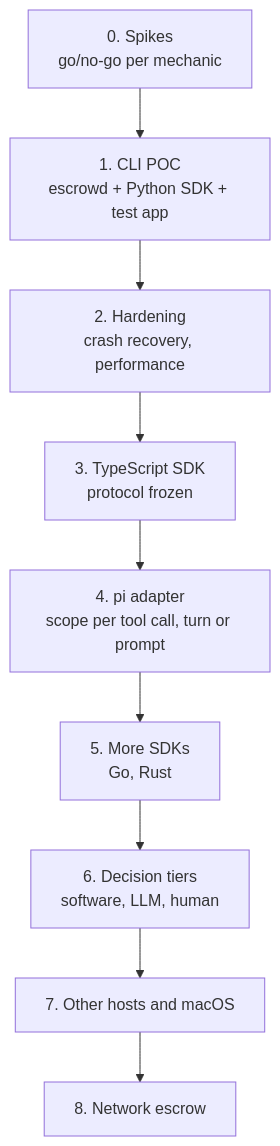
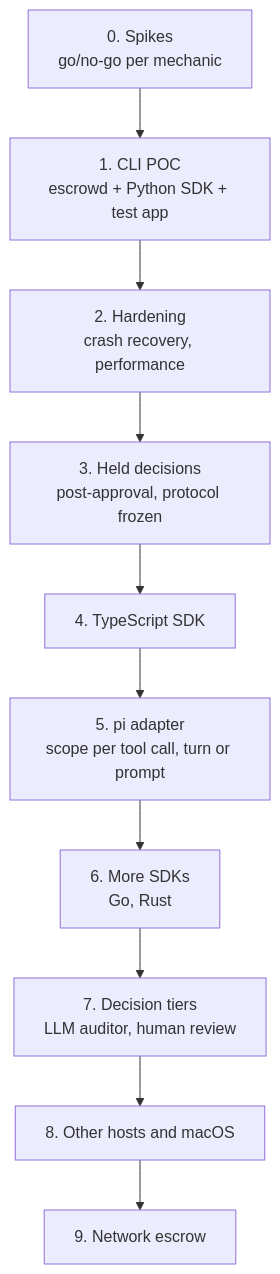
One commit to rcrsr/escrowd changed the first of 3 diagrams in docs/escrowd-proposal.md. Above: the diagram before and after it, drawn with Mermaid. The commit also changed other lines of this file and 7 other files, not shown here.

First line of the commit message:
docs: plan phase 3 held decisions, renumber roadmap, scrub proposal (#26)

````diff
--- a/docs/escrowd-proposal.md
+++ b/docs/escrowd-proposal.md
@@ -52,13 +54,14 @@
 ```mermaid
 flowchart TB
     P0["0. Spikes<br/>go/no-go per mechanic"]
     P1["1. CLI POC<br/>escrowd + Python SDK + test app"]
     P2["2. Hardening<br/>crash recovery, performance"]
-    P3["3. TypeScript SDK<br/>protocol frozen"]
-    P4["4. pi adapter<br/>scope per tool call, turn or prompt"]
-    P5["5. More SDKs<br/>Go, Rust"]
-    P6["6. Decision tiers<br/>software, LLM, human"]
-    P7["7. Other hosts and macOS"]
-    P8["8. Network escrow"]
-    P0 --> P1 --> P2 --> P3 --> P4 --> P5 --> P6 --> P7 --> P8
+    P3["3. Held decisions<br/>post-approval, protocol frozen"]
+    P4["4. TypeScript SDK"]
+    P5["5. pi adapter<br/>scope per tool call, turn or prompt"]
+    P6["6. More SDKs<br/>Go, Rust"]
+    P7["7. Decision tiers<br/>LLM auditor, human review"]
+    P8["8. Other hosts and macOS"]
+    P9["9. Network escrow"]
+    P0 --> P1 --> P2 --> P3 --> P4 --> P5 --> P6 --> P7 --> P8 --> P9
 ```
````
